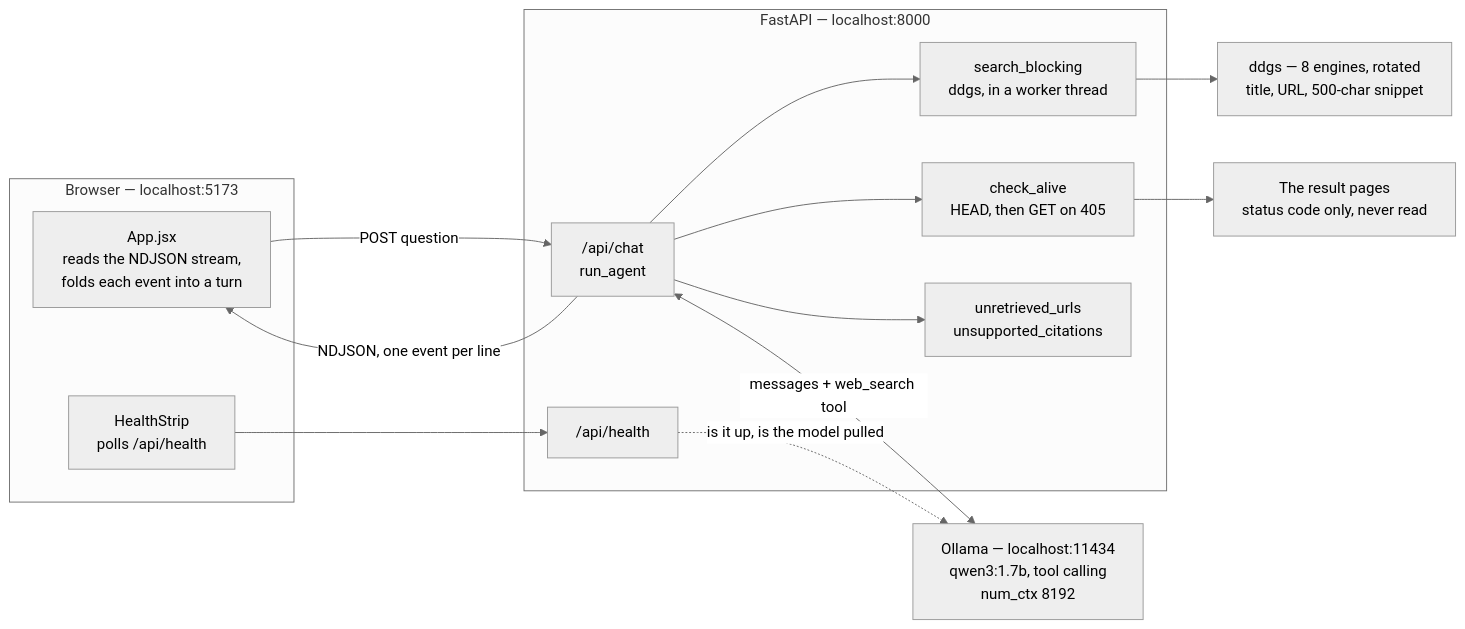
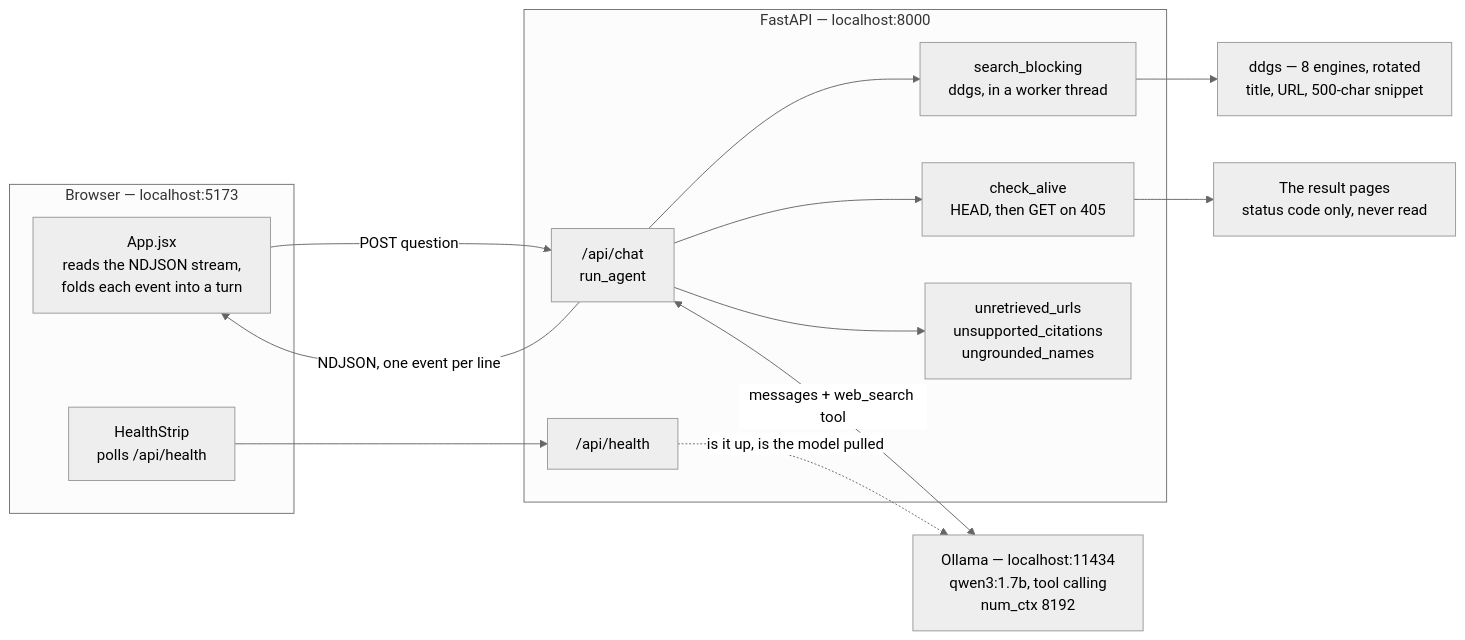
The first of 4 diagrams in ARCHITECTURE.md (leopaul29/local-ai-agent-search), drawn with Mermaid (neutral theme) before and after one commit. The commit also changed other lines of this file and 4 other files, not shown here.

````diff
--- a/ARCHITECTURE.md
+++ b/ARCHITECTURE.md
@@ -8,32 +8,32 @@
 ```mermaid
 flowchart LR
     subgraph browser["Browser — localhost:5173"]
         App["App.jsx<br/>reads the NDJSON stream,<br/>folds each event into a turn"]
         Strip["HealthStrip<br/>polls /api/health"]
     end
 
     subgraph backend["FastAPI — localhost:8000"]
         Chat["/api/chat<br/>run_agent"]
         Api["/api/health"]
         Search["search_blocking<br/>ddgs, in a worker thread"]
         Check["check_alive<br/>HEAD, then GET on 405"]
-        Verify["unretrieved_urls<br/>unsupported_citations"]
+        Verify["unretrieved_urls<br/>unsupported_citations<br/>ungrounded_names"]
     end
 
     Ollama["Ollama — localhost:11434<br/>qwen3:1.7b, tool calling<br/>num_ctx 8192"]
     DDG["ddgs — 8 engines, rotated<br/>title, URL, 500-char snippet"]
     Pages["The result pages<br/>status code only, never read"]
 
     App -->|"POST question"| Chat
     Chat -->|"NDJSON, one event per line"| App
     Strip --> Api
 
     Chat <-->|"messages + web_search tool"| Ollama
     Chat --> Search
     Search --> DDG
     Chat --> Check
     Check --> Pages
     Chat --> Verify
 
     Api -.->|"is it up, is the model pulled"| Ollama
 ```
````
